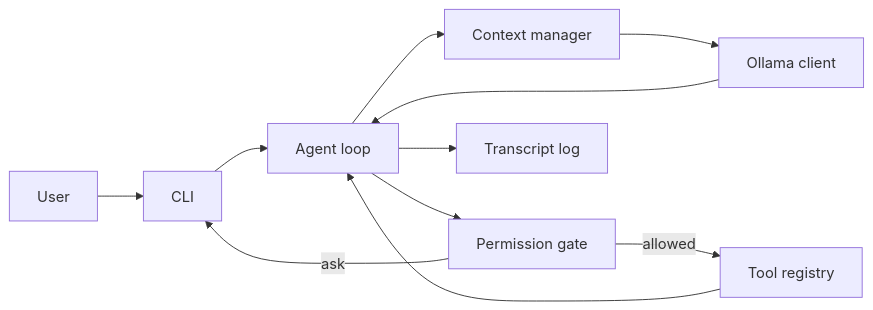
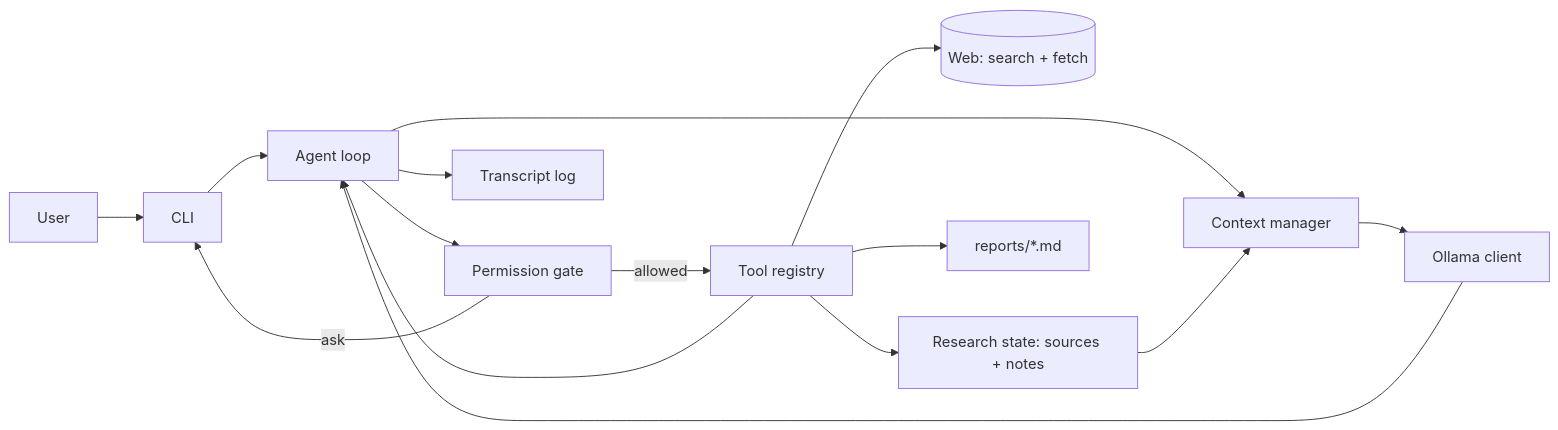
The first of 2 diagrams in README.md (adarsh-gadepalli/agent-harness), drawn with Mermaid before and after one commit. The commit also changed other lines of this file and 4 other files, not shown here.

````diff
--- a/README.md
+++ b/README.md
@@ -11,13 +15,17 @@
 ```mermaid
 flowchart LR
     User --> CLI
     CLI --> Loop[Agent loop]
     Loop --> Ctx[Context manager]
     Ctx --> LLM[Ollama client]
     LLM --> Loop
     Loop --> Perm[Permission gate]
     Perm -->|allowed| Tools[Tool registry]
     Perm -->|ask| CLI
+    Tools --> Web[(Web: search + fetch)]
+    Tools --> Notes[Research state: sources + notes]
+    Tools --> Report[reports/*.md]
     Tools --> Loop
+    Notes --> Ctx
     Loop --> Log[Transcript log]
 ```
````
